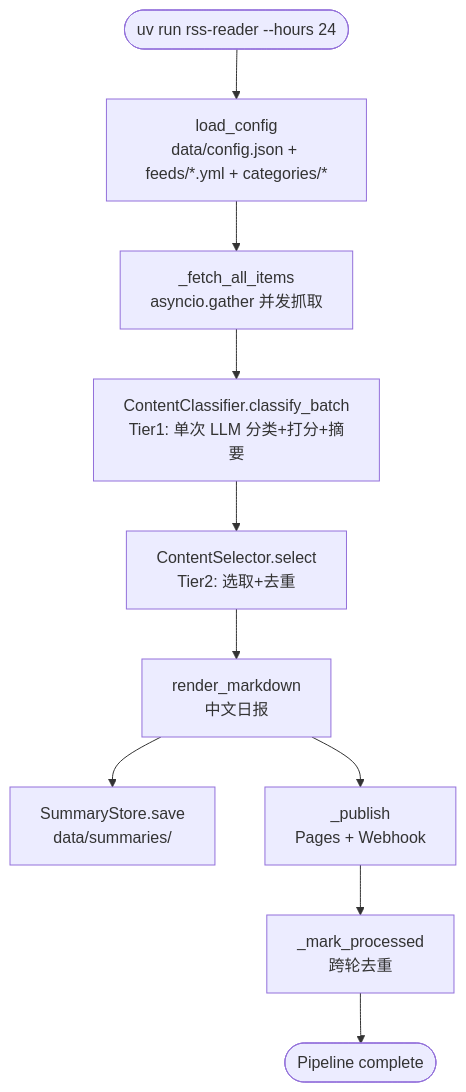
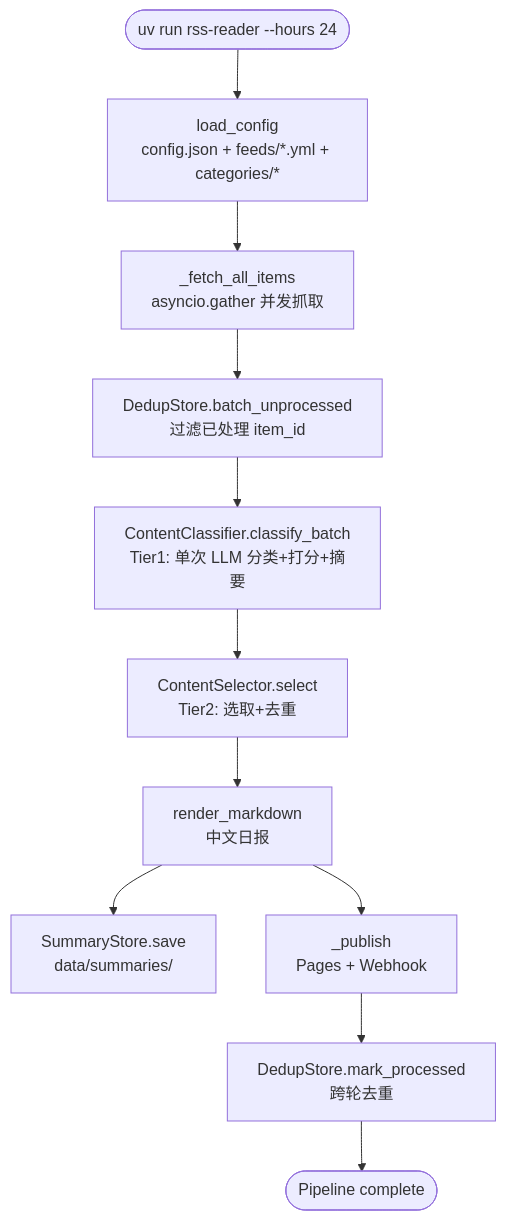
The first of 6 diagrams in docs/FLOW/README.md (int2t05/rss-reader), drawn with Mermaid before and after one commit. The commit also changed other lines of this file and 8 other files, not shown here.

First line of the commit message:
docs: 文档全量重构 — 只保留 prd/tech/todo/api/flow 五类,删无关文件

````diff
--- a/docs/FLOW/README.md
+++ b/docs/FLOW/README.md
@@ -5,12 +5,13 @@
 ```mermaid
 flowchart TB
-    START([uv run rss-reader --hours 24]) --> LOAD[load_config<br/>data/config.json + feeds/*.yml + categories/*]
+    START([uv run rss-reader --hours 24]) --> LOAD[load_config<br/>config.json + feeds/*.yml + categories/*]
     LOAD --> FETCH[_fetch_all_items<br/>asyncio.gather 并发抓取]
-    FETCH --> T1[ContentClassifier.classify_batch<br/>Tier1: 单次 LLM 分类+打分+摘要]
+    FETCH --> DEDUP[DedupStore.batch_unprocessed<br/>过滤已处理 item_id]
+    DEDUP --> T1[ContentClassifier.classify_batch<br/>Tier1: 单次 LLM 分类+打分+摘要]
     T1 --> T2[ContentSelector.select<br/>Tier2: 选取+去重]
     T2 --> RND[render_markdown<br/>中文日报]
     RND --> SUM[SummaryStore.save<br/>data/summaries/]
     RND --> PUB[_publish<br/>Pages + Webhook]
-    PUB --> DEDUP[_mark_processed<br/>跨轮去重]
-    DEDUP --> DONE([Pipeline complete])
+    PUB --> MARK[DedupStore.mark_processed<br/>跨轮去重]
+    MARK --> DONE([Pipeline complete])
 ```
````
